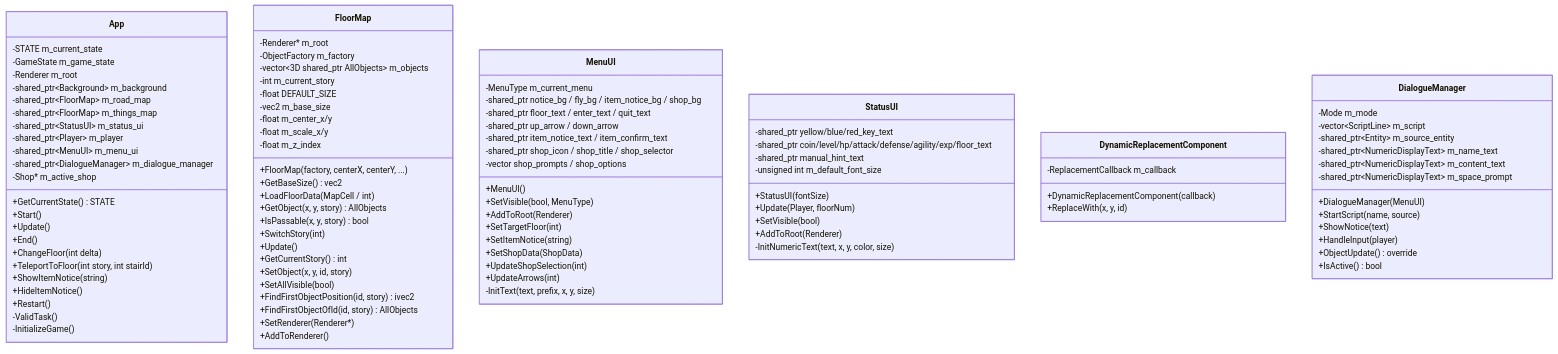
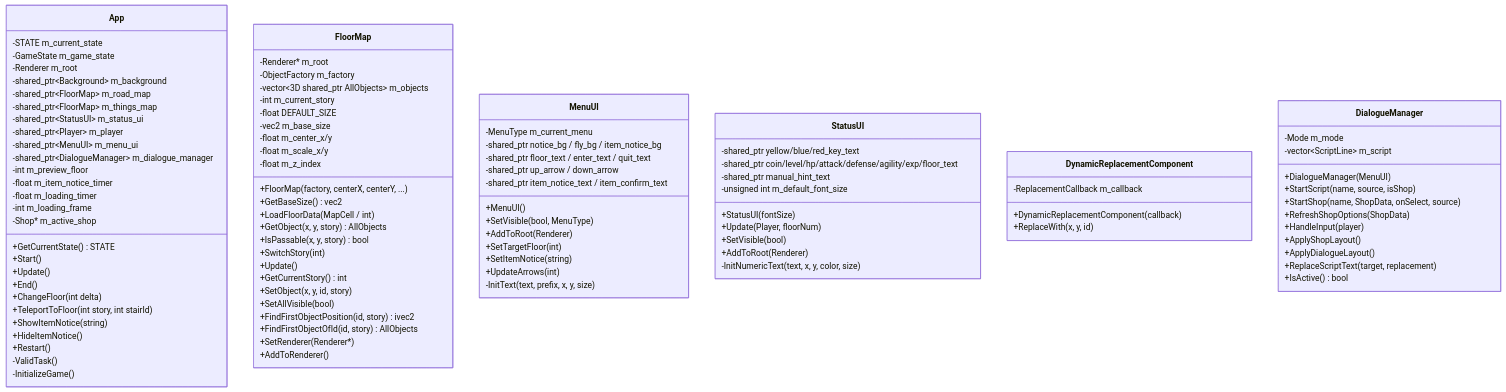
One commit to XWJWPIY/schoolwork_recreate_magic_tower changed the second of 4 diagrams in Constructure.md. Above: the diagram before and after it, drawn with Mermaid. The commit also changed other lines of this file and 17 other files, not shown here.

Commit message:
refactor: let shop UI managed by DialogueManager

````diff
--- a/Constructure.md
+++ b/Constructure.md
@@ -202,6 +205,10 @@
         -shared_ptr~Player~ m_player
         -shared_ptr~MenuUI~ m_menu_ui
         -shared_ptr~DialogueManager~ m_dialogue_manager
+        -int m_preview_floor
+        -float m_item_notice_timer
+        -float m_loading_timer
+        -int m_loading_frame
         -Shop* m_active_shop
         +GetCurrentState() STATE
         +Start()
@@ -244,19 +251,15 @@
 
     class MenuUI {
         -MenuType m_current_menu
-        -shared_ptr notice_bg / fly_bg / item_notice_bg / shop_bg
+        -shared_ptr notice_bg / fly_bg / item_notice_bg
         -shared_ptr floor_text / enter_text / quit_text
         -shared_ptr up_arrow / down_arrow
         -shared_ptr item_notice_text / item_confirm_text
-        -shared_ptr shop_icon / shop_title / shop_selector
-        -vector shop_prompts / shop_options
         +MenuUI()
         +SetVisible(bool, MenuType)
         +AddToRoot(Renderer)
         +SetTargetFloor(int)
         +SetItemNotice(string)
-        +SetShopData(ShopData)
-        +UpdateShopSelection(int)
         +UpdateArrows(int)
         -InitText(text, prefix, x, y, size)
     }
@@ -282,15 +285,14 @@
     class DialogueManager {
         -Mode m_mode
         -vector~ScriptLine~ m_script
-        -shared_ptr~Entity~ m_source_entity
-        -shared_ptr~NumericDisplayText~ m_name_text
-        -shared_ptr~NumericDisplayText~ m_content_text
-        -shared_ptr~NumericDisplayText~ m_space_prompt
         +DialogueManager(MenuUI)
-        +StartScript(name, source)
-        +ShowNotice(text)
+        +StartScript(name, source, isShop)
+        +StartShop(name, ShopData, onSelect, source)
+        +RefreshShopOptions(ShopData)
         +HandleInput(player)
-        +ObjectUpdate() override
+        +ApplyShopLayout()
+        +ApplyDialogueLayout()
+        +ReplaceScriptText(target, replacement)
         +IsActive() bool
     }
 ```
````
